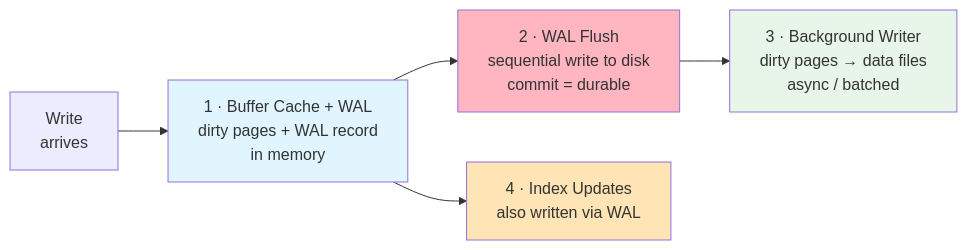
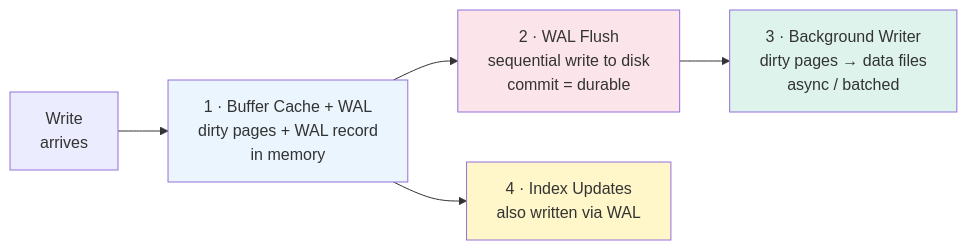
Before and after one commit to cartmancodes/InterviewVault: the first of 5 diagrams in LLD/SystemDesign/DeepDives/Postgresql.md, drawn with Mermaid. The commit also changed other lines of this file and 679 other files, not shown here.

Commit message:
Unify content diagrams and add accessible visual walkthroughs

````diff
--- a/LLD/SystemDesign/DeepDives/Postgresql.md
+++ b/LLD/SystemDesign/DeepDives/Postgresql.md
@@ -257,12 +257,12 @@
 ```mermaid
 graph LR
     W[Write<br/>arrives] --> B["1 · Buffer Cache + WAL<br/>dirty pages + WAL record<br/>in memory"]
     B --> F["2 · WAL Flush<br/>sequential write to disk<br/>commit = durable"]
     F --> BG["3 · Background Writer<br/>dirty pages → data files<br/>async / batched"]
     B --> IX["4 · Index Updates<br/>also written via WAL"]
 
-    style B fill:#e1f5ff
-    style F fill:#FFB6C1
-    style BG fill:#e8f5e9
-    style IX fill:#FFE4B5
+    style B fill:#EAF5FD
+    style F fill:#FCE5EA
+    style BG fill:#DDF3EC
+    style IX fill:#FFF6C9
 ```
````
